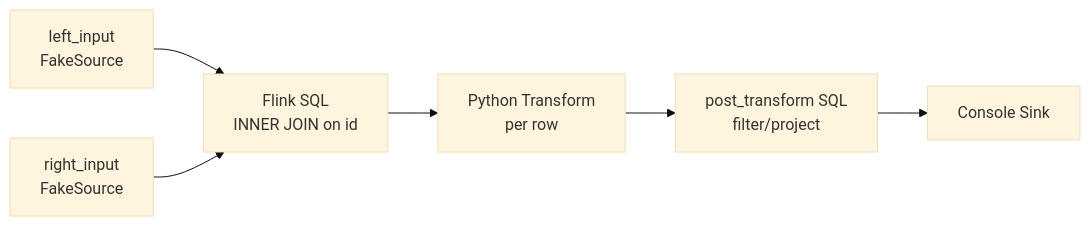
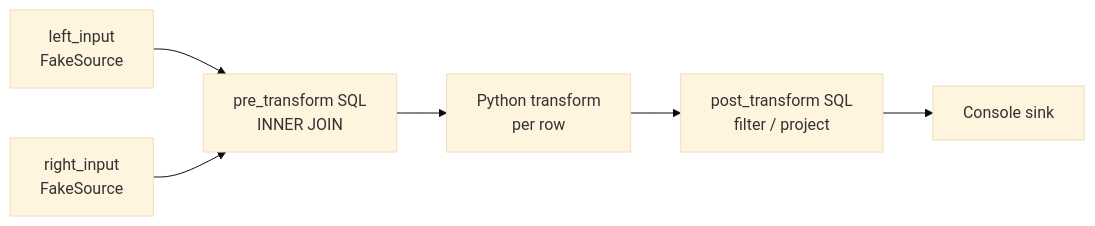
One commit to Xuxiaotuan/seatunnel changed the second of 2 diagrams in README.md. Above: the diagram before and after it, drawn with Mermaid (base theme). The commit also changed other lines of this file, not shown here.

Commit message:
[Docs] Document Flink Python transform validation

````diff
--- a/README.md
+++ b/README.md
@@ -153,6 +39,8 @@
 ```mermaid
 flowchart LR
-    L["left_input\nFakeSource"] --> SQL["Flink SQL\nINNER JOIN on id"]
-    R["right_input\nFakeSource"] --> SQL
-    SQL --> P["Python Transform\nper row"] --> SQL2["post_transform SQL\nfilter/project"] --> C["Console Sink"]
+    L["left_input\nFakeSource"] --> J["pre_transform SQL\nINNER JOIN"]
+    R["right_input\nFakeSource"] --> J
+    J --> P["Python transform\nper row"]
+    P --> Q["post_transform SQL\nfilter / project"]
+    Q --> S["Console sink"]
 ```
````
